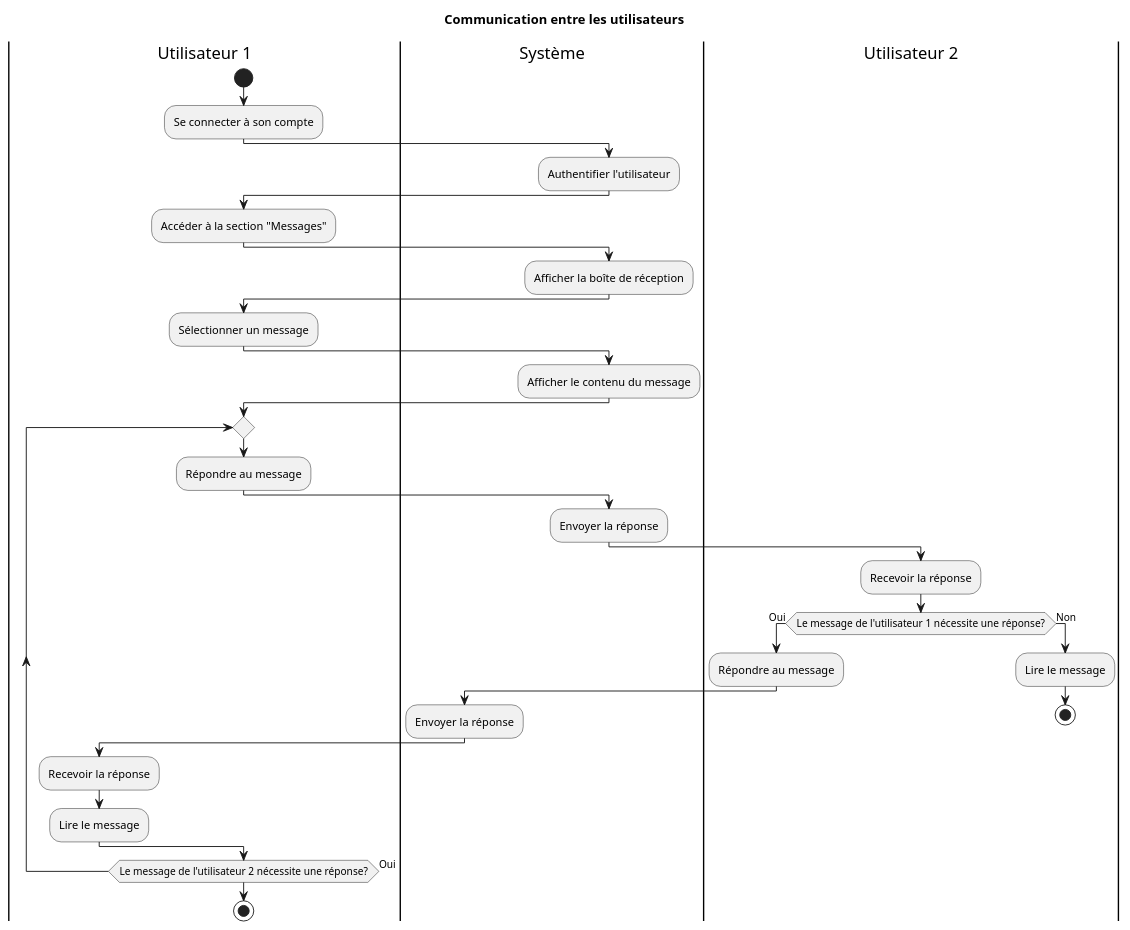
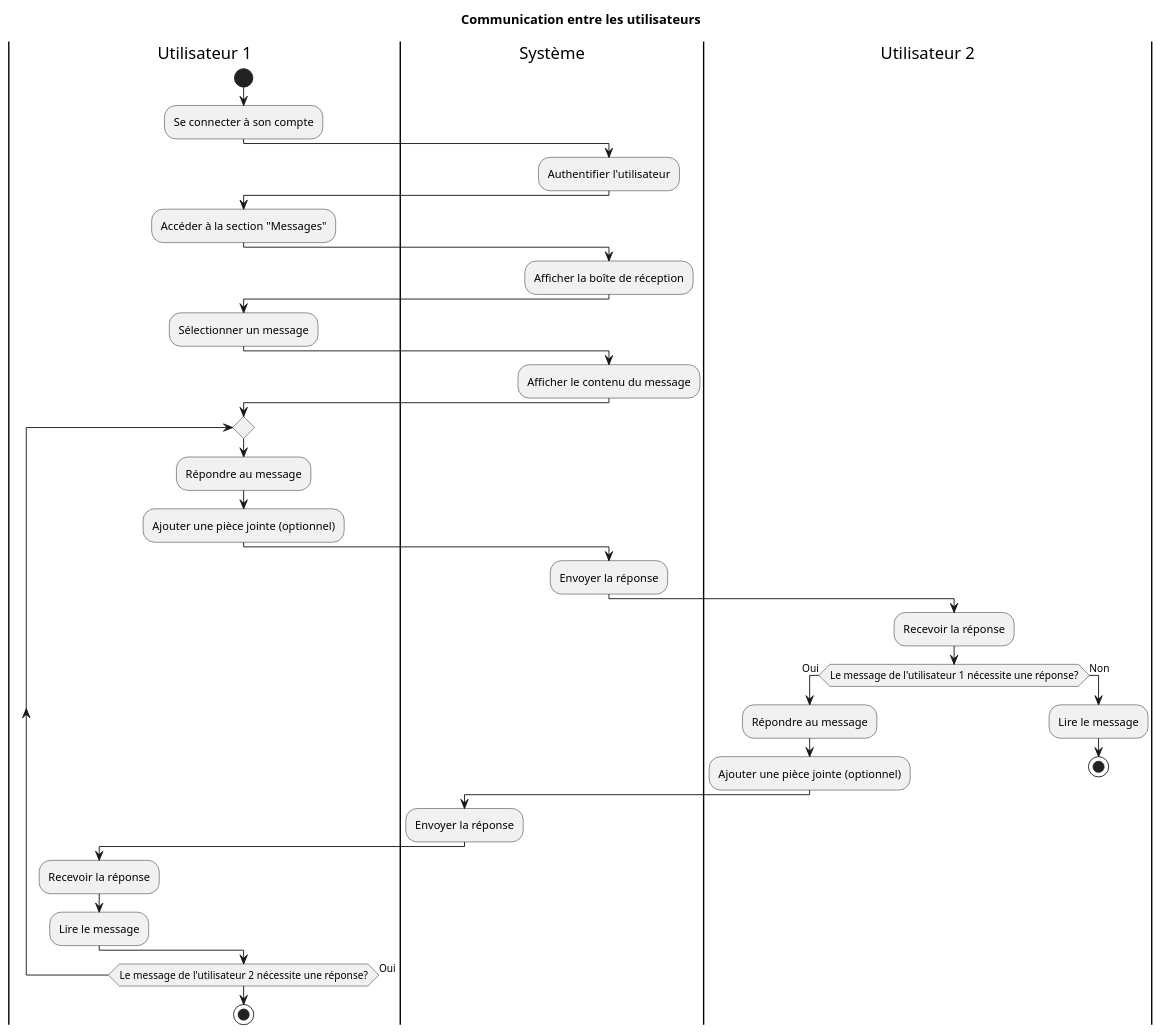
Before and after one commit to AurelienDillies/Primeo: the diagram in Conception/activite/communication.puml, drawn with PlantUML.

Commit message:
correction diagramme communication

```diff
--- a/Conception/activite/communication.puml
+++ b/Conception/activite/communication.puml
@@ -1,42 +1,44 @@
 @startuml Communication entre les utilisateurs
 
 title Communication entre les utilisateurs
 
 |Utilisateur 1|
 start
 :Se connecter à son compte;
 |Système|
 :Authentifier l'utilisateur;
 |Utilisateur 1|
 :Accéder à la section "Messages";
 |Système|
 :Afficher la boîte de réception;
 |Utilisateur 1|
 :Sélectionner un message;
 |Système|
 :Afficher le contenu du message;
 |Utilisateur 1|
 repeat 
 :Répondre au message;
+:Ajouter une pièce jointe (optionnel);
 |Système|
 :Envoyer la réponse;
 |Utilisateur 2|
 :Recevoir la réponse;
 if (Le message de l'utilisateur 1 nécessite une réponse?) then (Oui)
   |Utilisateur 2|
   :Répondre au message;
+  :Ajouter une pièce jointe (optionnel);
   |Système|
   :Envoyer la réponse;
   |Utilisateur 1|
   :Recevoir la réponse;
   :Lire le message;
 else (Non)
   |Utilisateur 2|
   :Lire le message;
   stop
 endif 
 |Utilisateur 1|
 repeat while(Le message de l'utilisateur 2 nécessite une réponse?) is (Oui)
 stop
 
 @enduml
```
